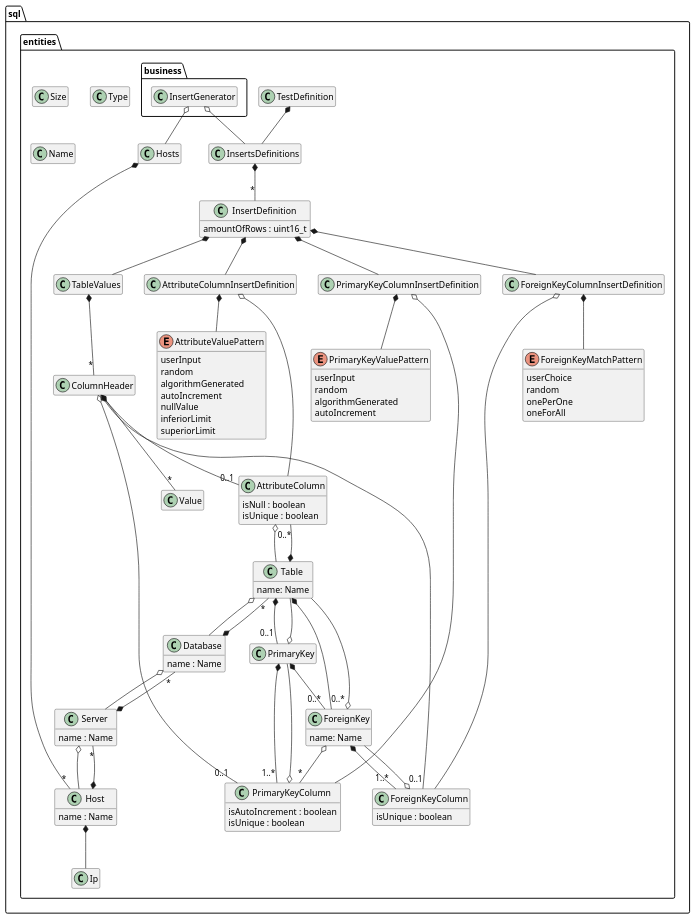
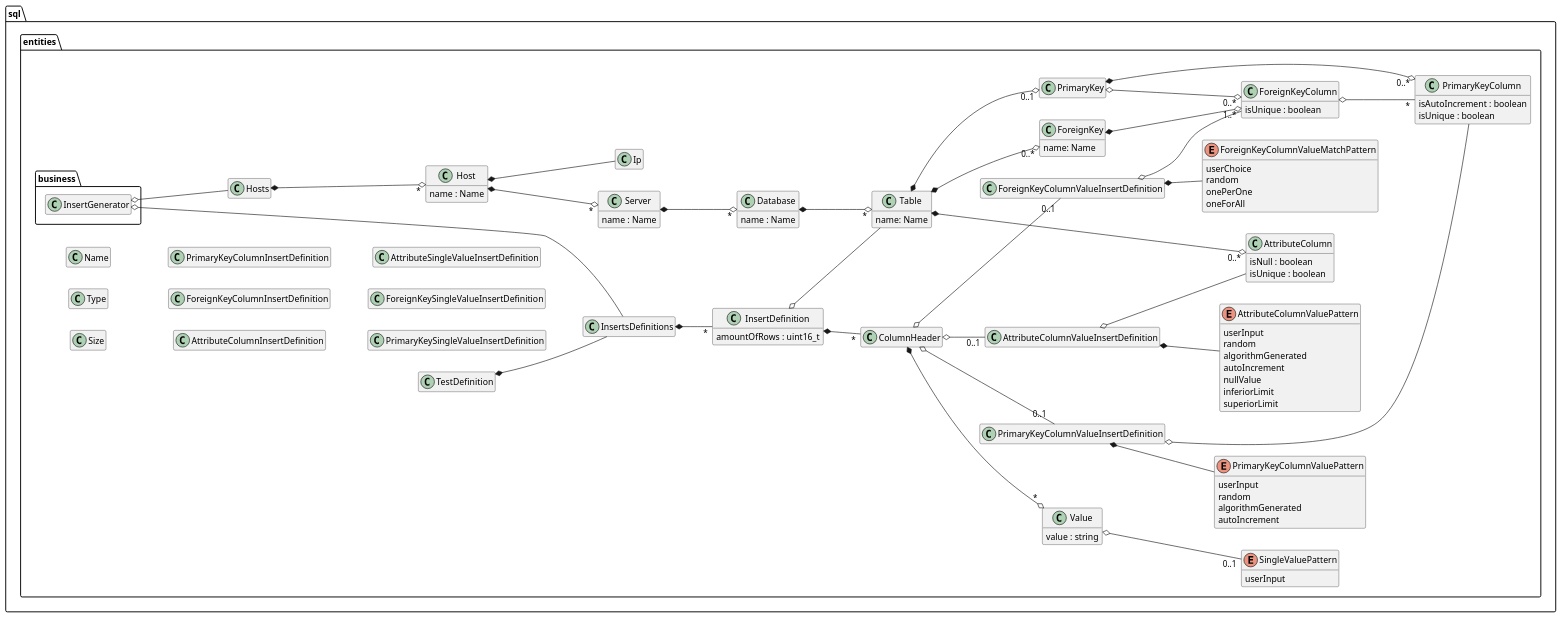
One commit to rodrigocanellas/tenacitas changed the diagram in code/sql/documents/sql_1.plantuml. Above: the diagram before and after it, drawn with PlantUML. The commit also changed 5 other files, not shown here.

```diff
--- a/code/sql/documents/sql_1.plantuml
+++ b/code/sql/documents/sql_1.plantuml
@@ -1,158 +1,158 @@
 @startuml
 
 hide empty members
 allow_mixing
-' left to right direction
+left to right direction
 
 namespace  sql {
 
 namespace entities {
 class Size
 class Type
 class Name
 
 class AttributeColumn  {
 	isNull : boolean
 	isUnique : boolean
 }
+
+class PrimaryKey
 
 class PrimaryKeyColumn  {
 	isAutoIncrement : boolean
 	isUnique : boolean
 }
 
 class ForeignKeyColumn  {
 	isUnique : boolean
 }
 
 class Table  {
 	name: Name
 }
 
-class PrimaryKey 
 
 class ForeignKey  {
 	name: Name
 }
 
 class Database {
 	name : Name
 }
+
 class Ip
+
 class Host {
 	name : Name
 }
+
 class Server {
 	name : Name
 }
 
 class InsertsDefinitions 
 
 class InsertDefinition {
 	amountOfRows : uint16_t
 }
+
 class AttributeColumnInsertDefinition
 class ForeignKeyColumnInsertDefinition
 class PrimaryKeyColumnInsertDefinition
 
-enum AttributeValuePattern {
+
+enum AttributeColumnValuePattern {
 	userInput
 	random
 	algorithmGenerated
 	autoIncrement
 	nullValue
 	inferiorLimit
 	superiorLimit 
 }
 
-enum PrimaryKeyValuePattern {
+enum PrimaryKeyColumnValuePattern {
 	userInput
 	random
 	algorithmGenerated
 	autoIncrement	 
 }
 
-enum ForeignKeyMatchPattern {
+enum ForeignKeyColumnValueMatchPattern {
 	userChoice
 	random
 	onePerOne
 	oneForAll
 }
 
-class TableValues
+
+class PrimaryKeySingleValueInsertDefinition
+class ForeignKeySingleValueInsertDefinition
+class AttributeSingleValueInsertDefinition
+
+enum SingleValuePattern {
+	userInput
+}
+
+class Value {
+	value : string
+}
+
 class ColumnHeader
 class TestDefinition
 
 
 TestDefinition *-- InsertsDefinitions
 
-TableValues *-- "*"  ColumnHeader
 
-Table  *-- "0..*" AttributeColumn 
-Table  *-- "0..1" PrimaryKey 
-Table  *-- "0..*" ForeignKey 
-Table o-- Database
 
-AttributeColumn o-- Table
+Table  *--o "0..*" AttributeColumn
+Table  *--o "0..1" PrimaryKey 
+Table  *--o "0..*" ForeignKey
 
-PrimaryKey   o-- Table 
-PrimaryKey  *-- "1..*" PrimaryKeyColumn 
-PrimaryKey  *-- "0..*" ForeignKey 
+PrimaryKey *--o "0..*" PrimaryKeyColumn 
+PrimaryKey o--o "0..*" ForeignKeyColumn
 
-PrimaryKeyColumn o-- PrimaryKey
+ForeignKey  *--o "1..*" ForeignKeyColumn 
 
-'Column  *-- Type
-'Column  +-- Type
-'Column  *-- Size
-'Column  *-- Name
+ForeignKeyColumn o-- "*" PrimaryKeyColumn 
 
-ForeignKey  *-- "1..*" ForeignKeyColumn 
-ForeignKey  o-- "*" PrimaryKeyColumn 
-ForeignKey o-- Table
+Database *--o "*" Table
+Host *--o "*" Server
+Host *-- Ip
+Server *--o "*" Database
 
-ForeignKeyColumn o-- ForeignKey
-
-Database *-- "*" Table
-Host *-- "*" Server
-Host *-- Ip
-Server *-- "*" Database
-
-Database o-- Server
-
-Server o-- Host
-
-Hosts *-- "*" Host
+Hosts *--o "*" Host
 
 InsertsDefinitions *-- "*" InsertDefinition
 
-InsertDefinition *-- TableValues
+InsertDefinition *-- "*" ColumnHeader
+InsertDefinition o-- Table
 
-ColumnHeader *--  "*" Value
-ColumnHeader o-- "0..1" ForeignKeyColumn
-ColumnHeader o-- "0..1" PrimaryKeyColumn
-ColumnHeader o-- "0..1" AttributeColumn
+AttributeColumnValueInsertDefinition *-- AttributeColumnValuePattern
+AttributeColumnValueInsertDefinition o-- AttributeColumn 
 
-AttributeColumnInsertDefinition *-- AttributeValuePattern
-PrimaryKeyColumnInsertDefinition *-- PrimaryKeyValuePattern
-ForeignKeyColumnInsertDefinition *-- ForeignKeyMatchPattern
+PrimaryKeyColumnValueInsertDefinition *-- PrimaryKeyColumnValuePattern
+PrimaryKeyColumnValueInsertDefinition o-- PrimaryKeyColumn
 
-AttributeColumnInsertDefinition o-- AttributeColumn 
-ForeignKeyColumnInsertDefinition o-- ForeignKeyColumn
-PrimaryKeyColumnInsertDefinition o-- PrimaryKeyColumn
+ForeignKeyColumnValueInsertDefinition *-- ForeignKeyColumnValueMatchPattern
+ForeignKeyColumnValueInsertDefinition o-- ForeignKeyColumn
 
-InsertDefinition *-- AttributeColumnInsertDefinition
-InsertDefinition *-- ForeignKeyColumnInsertDefinition
-InsertDefinition *-- PrimaryKeyColumnInsertDefinition
+ColumnHeader *--o  "*" Value
+ColumnHeader o-- "0..1" PrimaryKeyColumnValueInsertDefinition
+ColumnHeader o-- "0..1" ForeignKeyColumnValueInsertDefinition
+ColumnHeader o-- "0..1" AttributeColumnValueInsertDefinition
 
 
+Value o-- "0..1" SingleValuePattern
 
 namespace business {
 class InsertGenerator
 
 InsertGenerator o-- sql.entities.InsertsDefinitions
 InsertGenerator o-- sql.entities.Hosts
 }
 }
 
 
 @enduml
```
